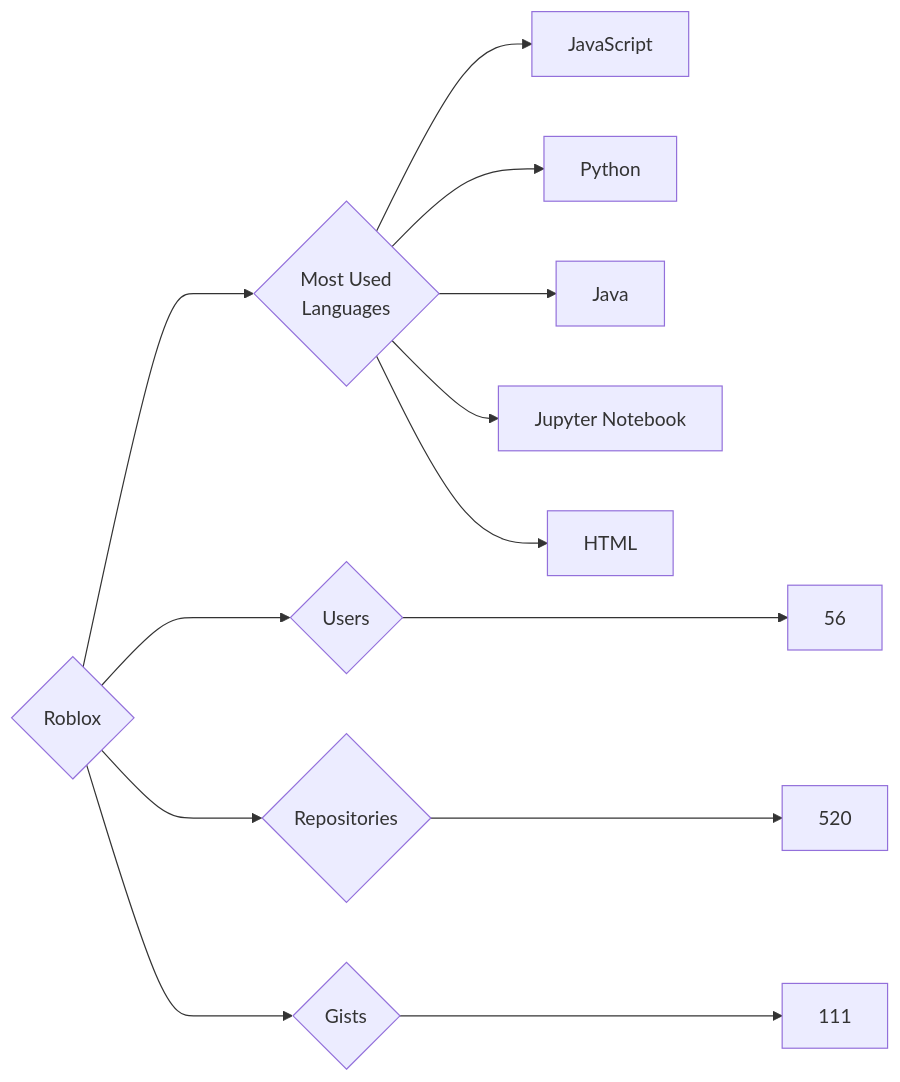
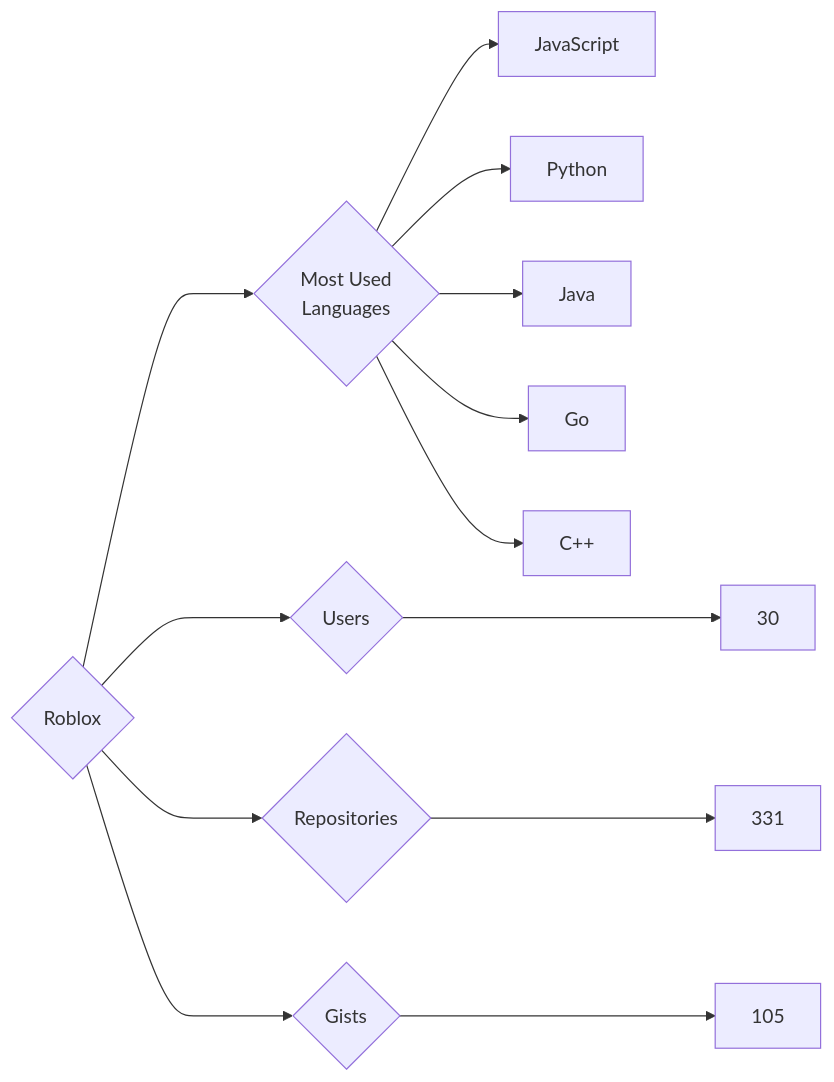
Before and after one commit to trickest/insiders: the diagram in targets/Roblox/README.md, drawn with Mermaid. The commit also changed 870 other files, not shown here.

````diff
--- a/targets/Roblox/README.md
+++ b/targets/Roblox/README.md
@@ -3,13 +3,13 @@
 ```mermaid
 graph LR
 COMPANY_NAME{Roblox}
-COMPANY_NAME ---> U{Users} ---> UN[56]
-COMPANY_NAME ---> R{Repositories} ---> RN[520]
-COMPANY_NAME ---> G{Gists} ---> GN[111]
+COMPANY_NAME ---> U{Users} ---> UN[30]
+COMPANY_NAME ---> R{Repositories} ---> RN[331]
+COMPANY_NAME ---> G{Gists} ---> GN[105]
 COMPANY_NAME ---> ML{Most Used<br>Languages}
 ML --> JavaScript[JavaScript]
 ML --> Python[Python]
 ML --> Java[Java]
-ML --> Jupyter_Notebook[Jupyter Notebook]
-ML --> HTML[HTML]
+ML --> Go[Go]
+ML --> C++[C++]
 ```
````
